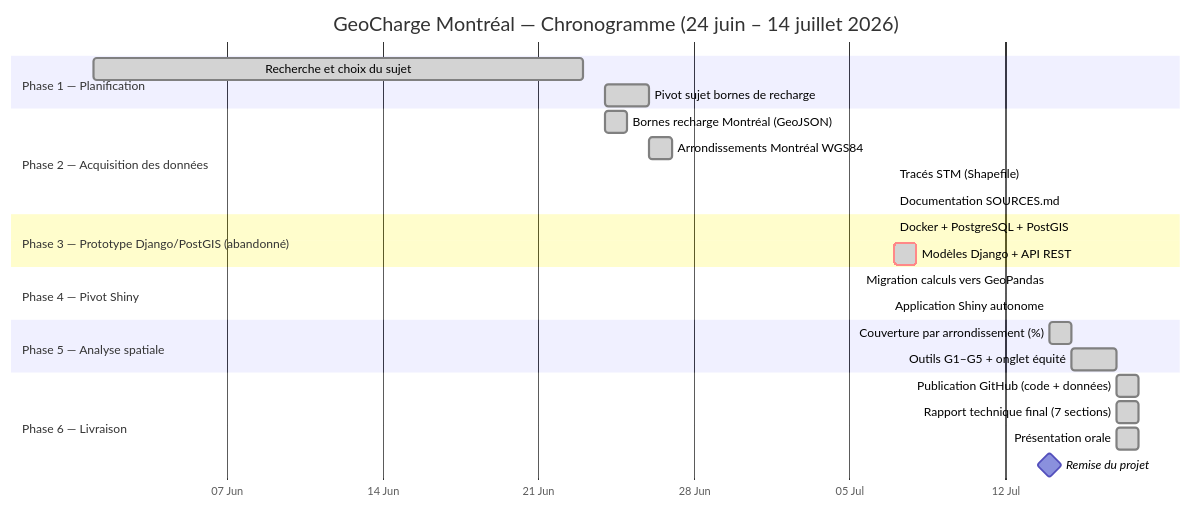
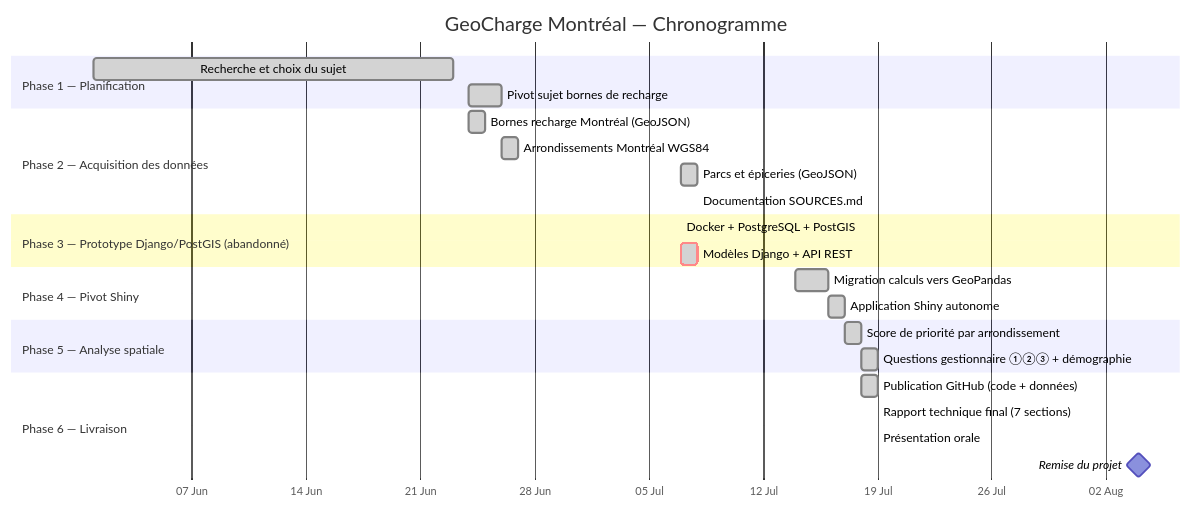
Before and after one commit to modou5604501/projet_Session: the diagram in CHRONOGRAMME.md, drawn with Mermaid. The commit also changed other lines of this file and 7 other files, not shown here.

First line of the commit message:
fix: purger les dernieres references a l'ancienne architecture (STM/shiny_app)

````diff
--- a/CHRONOGRAMME.md
+++ b/CHRONOGRAMME.md
@@ -24,34 +23,34 @@
 ```mermaid
 gantt
-    title GeoCharge Montréal — Chronogramme (24 juin – 14 juillet 2026)
+    title GeoCharge Montréal — Chronogramme
     dateFormat  YYYY-MM-DD
     axisFormat  %d %b
 
     section Phase 1 — Planification
     Recherche et choix du sujet             :done, p1a, 2026-06-01, 2026-06-23
     Pivot sujet bornes de recharge          :done, p1b, 2026-06-24, 2026-06-26
 
     section Phase 2 — Acquisition des données
     Bornes recharge Montréal (GeoJSON)      :done, p2a, 2026-06-24, 2026-06-25
     Arrondissements Montréal WGS84          :done, p2c, 2026-06-26, 2026-06-27
-    Tracés STM (Shapefile)                  :done, p2d, 2026-07-07, 2026-07-07
-    Documentation SOURCES.md                :done, p2e, 2026-07-07, 2026-07-07
+    Parcs et épiceries (GeoJSON)            :done, p2d, 2026-07-07, 2026-07-08
+    Documentation SOURCES.md                :done, p2e, 2026-07-08, 2026-07-08
 
     section Phase 3 — Prototype Django/PostGIS (abandonné)
     Docker + PostgreSQL + PostGIS           :crit, done, p3a, 2026-07-07, 2026-07-07
     Modèles Django + API REST               :crit, done, p3b, 2026-07-07, 2026-07-08
 
     section Phase 4 — Pivot Shiny
-    Migration calculs vers GeoPandas        :done, p4a, 2026-07-14, 2026-07-14
-    Application Shiny autonome              :done, p4b, 2026-07-14, 2026-07-14
+    Migration calculs vers GeoPandas        :done, p4a, 2026-07-14, 2026-07-16
+    Application Shiny autonome              :done, p4b, 2026-07-16, 2026-07-17
 
     section Phase 5 — Analyse spatiale
-    Couverture par arrondissement (%)       :done, p5a, 2026-07-14, 2026-07-15
-    Outils G1–G5 + onglet équité            :done, p5b, 2026-07-15, 2026-07-17
+    Score de priorité par arrondissement    :done, p5a, 2026-07-17, 2026-07-18
+    Questions gestionnaire ①②③ + démographie :done, p5b, 2026-07-18, 2026-07-19
 
     section Phase 6 — Livraison
-    Publication GitHub (code + données)     :done, p6a, 2026-07-17, 2026-07-18
-    Rapport technique final (7 sections)    :done, p6c, 2026-07-17, 2026-07-18
-    Présentation orale                      :done, p6d, 2026-07-17, 2026-07-18
-    Remise du projet                        :milestone, 2026-07-14, 2026-07-14
+    Publication GitHub (code + données)     :done, p6a, 2026-07-18, 2026-07-19
+    Rapport technique final (7 sections)    :done, p6c, 2026-07-19, 2026-07-19
+    Présentation orale                      :done, p6d, 2026-07-19, 2026-07-19
+    Remise du projet                        :milestone, 2026-08-04, 2026-08-04
 ```
````
